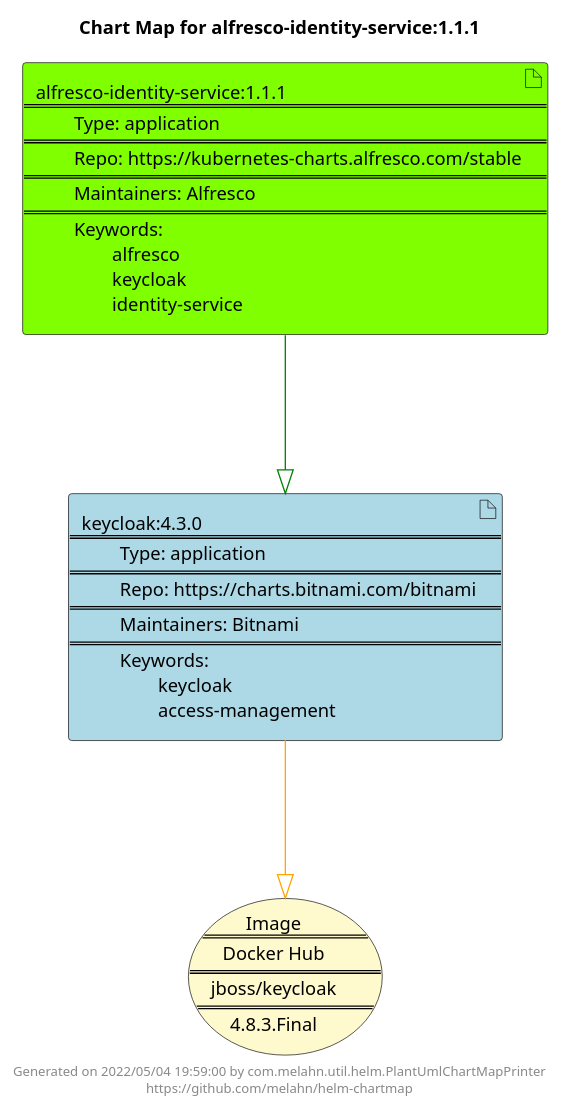
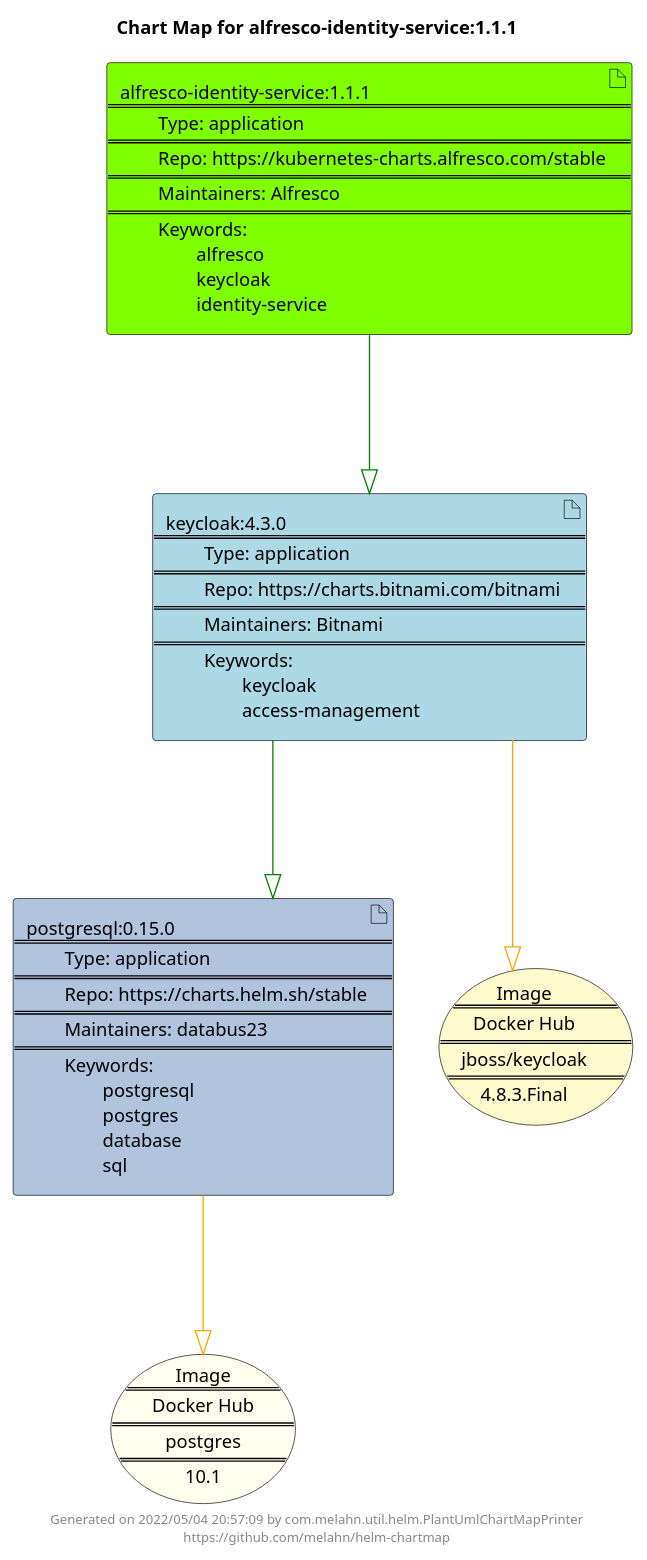
One commit to melahn/helm-chartmap changed the diagram in docs/alfresco-identity-service/alfresco-identity-service-1.1.1.puml. Above: the diagram before and after it, drawn with PlantUML. The commit also changed 68 other files, not shown here.

Commit message:
Update Example Chart Maps as part of GitHub build

```diff
--- a/docs/alfresco-identity-service/alfresco-identity-service-1.1.1.puml
+++ b/docs/alfresco-identity-service/alfresco-identity-service-1.1.1.puml
@@ -1,23 +1,27 @@
 @startuml
 skinparam linetype ortho
 skinparam backgroundColor white
 skinparam usecaseBorderColor black
 skinparam usecaseArrowColor LightSlateGray
 skinparam artifactBorderColor black
 skinparam artifactArrowColor LightSlateGray
 
 title Chart Map for alfresco-identity-service:1.1.1
 
-'There are 2 referenced Helm Charts
+'There are 3 referenced Helm Charts
+artifact "postgresql:0.15.0\n====\n\tType: application\n====\n\tRepo: https://charts.helm.sh/stable\n====\n\tMaintainers: databus23\n====\n\tKeywords: \n\t\tpostgresql\n\t\tpostgres\n\t\tdatabase\n\t\tsql" as postgresql_0_15_0 #LightSteelBlue
 artifact "alfresco-identity-service:1.1.1\n====\n\tType: application\n====\n\tRepo: https://kubernetes-charts.alfresco.com/stable\n====\n\tMaintainers: Alfresco\n====\n\tKeywords: \n\t\talfresco\n\t\tkeycloak\n\t\tidentity-service" as alfresco_identity_service_1_1_1 #Chartreuse
 artifact "keycloak:4.3.0\n====\n\tType: application\n====\n\tRepo: https://charts.bitnami.com/bitnami\n====\n\tMaintainers: Bitnami\n====\n\tKeywords: \n\t\tkeycloak\n\t\taccess-management" as keycloak_4_3_0 #LightBlue
 
-'There is one referenced Docker Image
+'There are 2 referenced Docker Images
+usecase "Image\n====\nDocker Hub\n====\npostgres\n====\n10.1" as postgres_10_1 #Ivory
 usecase "Image\n====\nDocker Hub\n====\njboss/keycloak\n====\n4.8.3.Final" as jboss_keycloak_4_8_3_Final #LemonChiffon
 
 'Chart Dependencies
 alfresco_identity_service_1_1_1--[#green]-|>keycloak_4_3_0
+keycloak_4_3_0--[#green]-|>postgresql_0_15_0
+postgresql_0_15_0--[#orange]-|>postgres_10_1
 keycloak_4_3_0--[#orange]-|>jboss_keycloak_4_8_3_Final
 
-center footer Generated on 2022/05/04 19:59:00 by com.melahn.util.helm.PlantUmlChartMapPrinter\nhttps://github.com/melahn/helm-chartmap
+center footer Generated on 2022/05/04 20:57:09 by com.melahn.util.helm.PlantUmlChartMapPrinter\nhttps://github.com/melahn/helm-chartmap
 @enduml
```
